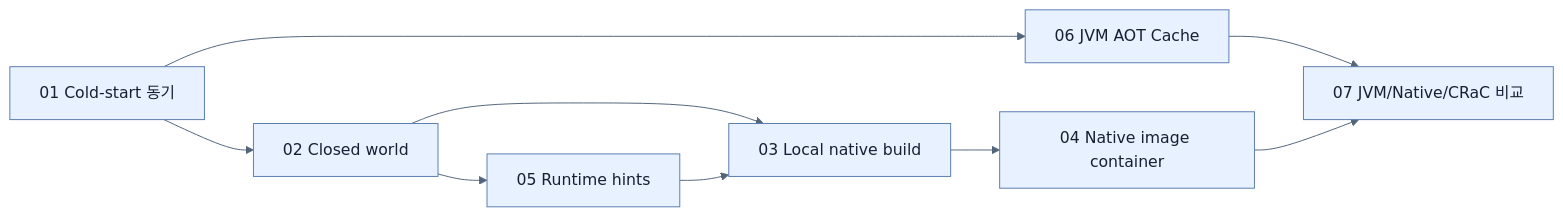
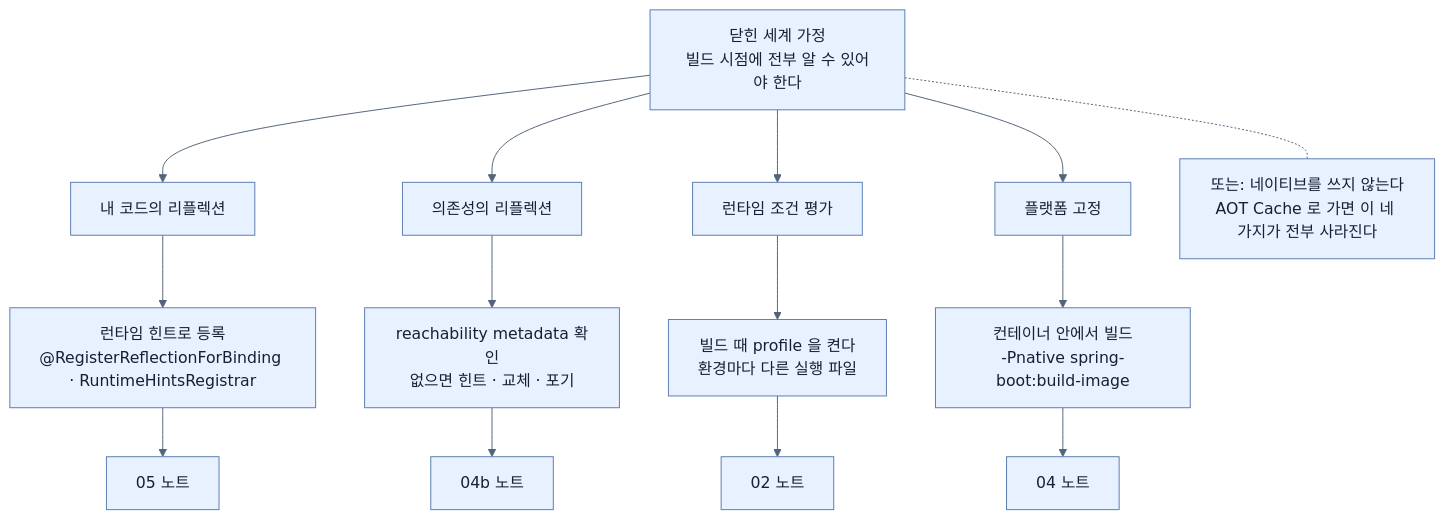
One commit to sing-u8/Learning_Spring_Boot_4 changed the second of 2 diagrams in spring-boot-4-pdf-notes/part-3-releasing-an-application-with-spring-boot/chapter-8-going-native-with-spring-boot/_map.md. Above: the diagram before and after it, drawn with Mermaid. The commit also changed other lines of this file and 253 other files, not shown here.

````diff
--- a/spring-boot-4-pdf-notes/part-3-releasing-an-application-with-spring-boot/chapter-8-going-native-with-spring-boot/_map.md
+++ b/spring-boot-4-pdf-notes/part-3-releasing-an-application-with-spring-boot/chapter-8-going-native-with-spring-boot/_map.md
@@ -3,12 +55,23 @@
 ```mermaid
 %%{init: {'theme': 'base', 'themeVariables': {'background': '#ffffff', 'primaryColor': '#e8f1ff', 'primaryTextColor': '#172033', 'primaryBorderColor': '#5b7db1', 'lineColor': '#52647a', 'secondaryColor': '#f7fbff', 'tertiaryColor': '#fff7df'}}}%%
-flowchart LR
-    W[01 Cold-start 동기] --> C[02 Closed world]
-    C --> B[03 Local native build]
-    C --> H[05 Runtime hints]
-    H --> B
-    B --> I[04 Native image container]
-    W --> A[06 JVM AOT Cache]
-    A --> X[07 JVM/Native/CRaC 비교]
-    I --> X
+flowchart TB
+    ROOT["닫힌 세계 가정<br/>빌드 시점에 전부 알 수 있어야 한다"]
+
+    ROOT --> F1["내 코드의 리플렉션"]
+    ROOT --> F2["의존성의 리플렉션"]
+    ROOT --> F3["런타임 조건 평가"]
+    ROOT --> F4["플랫폼 고정"]
+
+    F1 --> S1["런타임 힌트로 등록<br/>@RegisterReflectionForBinding · RuntimeHintsRegistrar"]
+    F2 --> S2["reachability metadata 확인<br/>없으면 힌트 · 교체 · 포기"]
+    F3 --> S3["빌드 때 profile 을 켠다<br/>환경마다 다른 실행 파일"]
+    F4 --> S4["컨테이너 안에서 빌드<br/>-Pnative spring-boot:build-image"]
+
+    S1 --> N1["05 노트"]
+    S2 --> N2["04b 노트"]
+    S3 --> N3["02 노트"]
+    S4 --> N4["04 노트"]
+
+    ESCAPE["또는: 네이티브를 쓰지 않는다<br/>AOT Cache 로 가면 이 네 가지가 전부 사라진다"]
+    ROOT -.- ESCAPE
 ```
````
